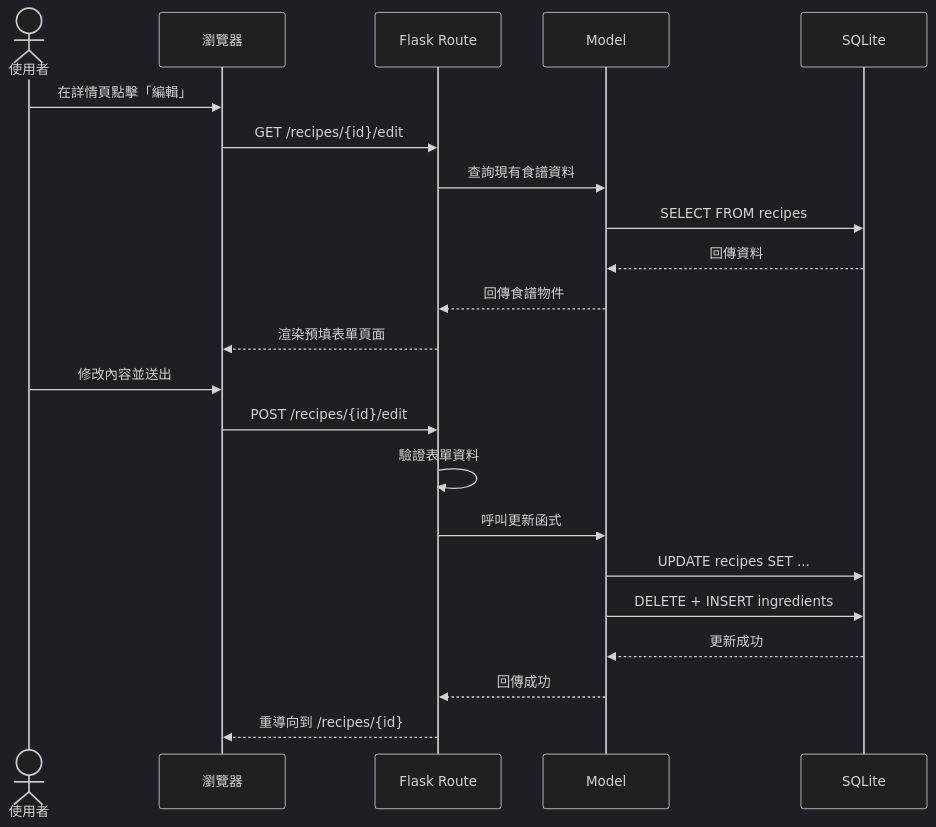
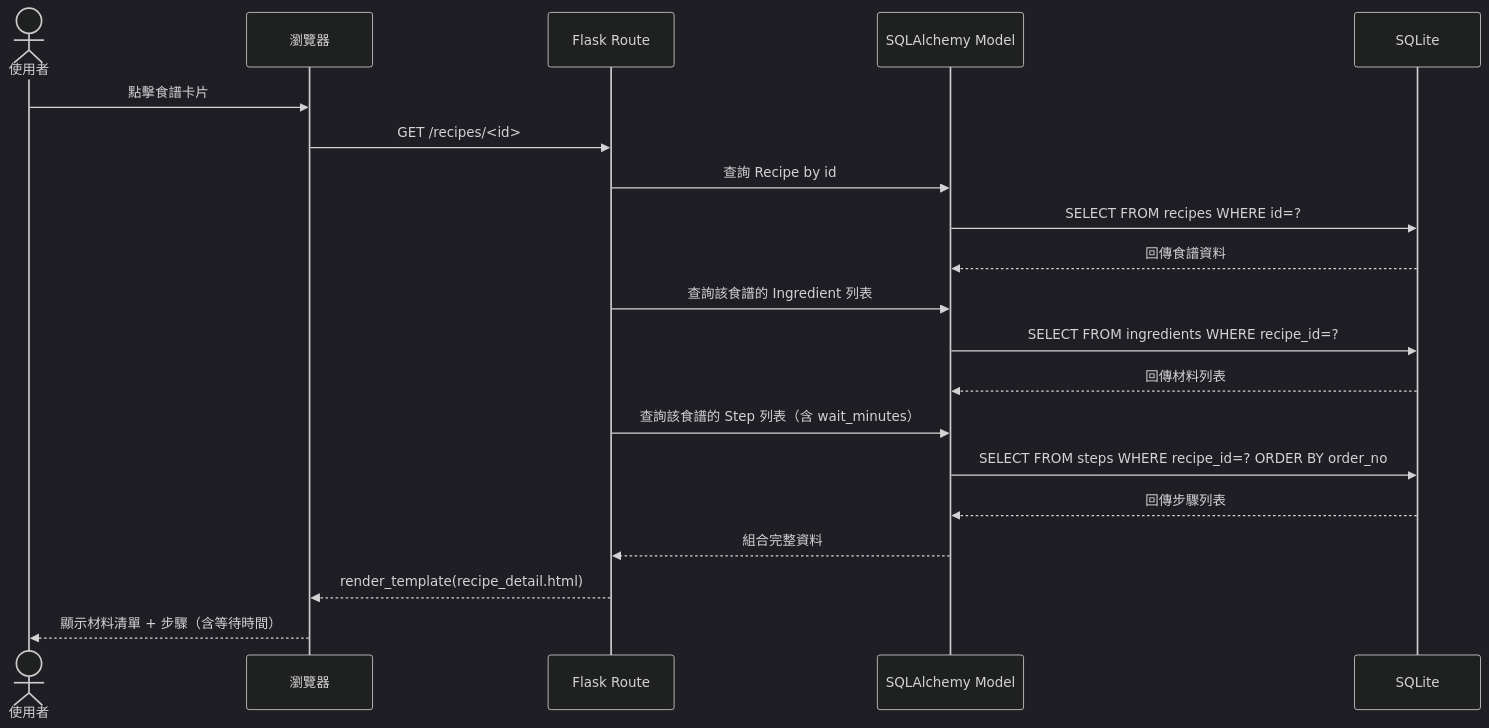
Before and after one commit to d1463704/web_app_development: the third of 4 diagrams in docs/FLOWCHART.md, drawn with Mermaid (dark theme). The commit also changed other lines of this file, not shown here.

Commit message:
docs: add user flowchart

````diff
--- a/docs/FLOWCHART.md
+++ b/docs/FLOWCHART.md
@@ -124,26 +83,23 @@
 ```mermaid
 sequenceDiagram
     actor User as 使用者
     participant Browser as 瀏覽器
     participant Flask as Flask Route
-    participant Model as Model
+    participant Model as SQLAlchemy Model
     participant DB as SQLite
 
-    User->>Browser: 在詳情頁點擊「編輯」
-    Browser->>Flask: GET /recipes/{id}/edit
-    Flask->>Model: 查詢現有食譜資料
-    Model->>DB: SELECT FROM recipes
-    DB-->>Model: 回傳資料
-    Model-->>Flask: 回傳食譜物件
-    Flask-->>Browser: 渲染預填表單頁面
-
-    User->>Browser: 修改內容並送出
-    Browser->>Flask: POST /recipes/{id}/edit
-    Flask->>Flask: 驗證表單資料
-    Flask->>Model: 呼叫更新函式
-    Model->>DB: UPDATE recipes SET ...
-    Model->>DB: DELETE + INSERT ingredients
-    DB-->>Model: 更新成功
-    Model-->>Flask: 回傳成功
-    Flask-->>Browser: 重導向到 /recipes/{id}
+    User->>Browser: 點擊食譜卡片
+    Browser->>Flask: GET /recipes/<id>
+    Flask->>Model: 查詢 Recipe by id
+    Model->>DB: SELECT FROM recipes WHERE id=?
+    DB-->>Model: 回傳食譜資料
+    Flask->>Model: 查詢該食譜的 Ingredient 列表
+    Model->>DB: SELECT FROM ingredients WHERE recipe_id=?
+    DB-->>Model: 回傳材料列表
+    Flask->>Model: 查詢該食譜的 Step 列表（含 wait_minutes）
+    Model->>DB: SELECT FROM steps WHERE recipe_id=? ORDER BY order_no
+    DB-->>Model: 回傳步驟列表
+    Model-->>Flask: 組合完整資料
+    Flask-->>Browser: render_template(recipe_detail.html)
+    Browser-->>User: 顯示材料清單 + 步驟（含等待時間）
 ```
````
